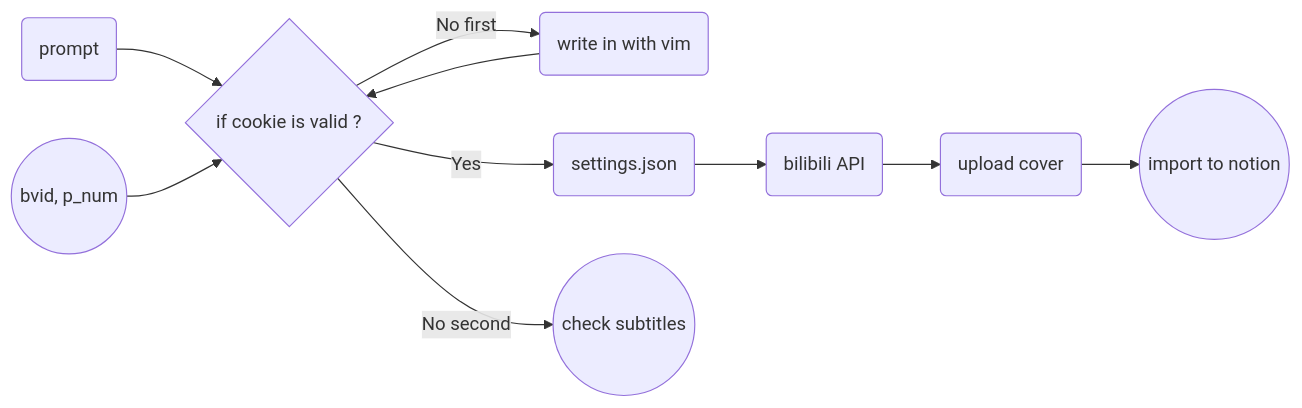
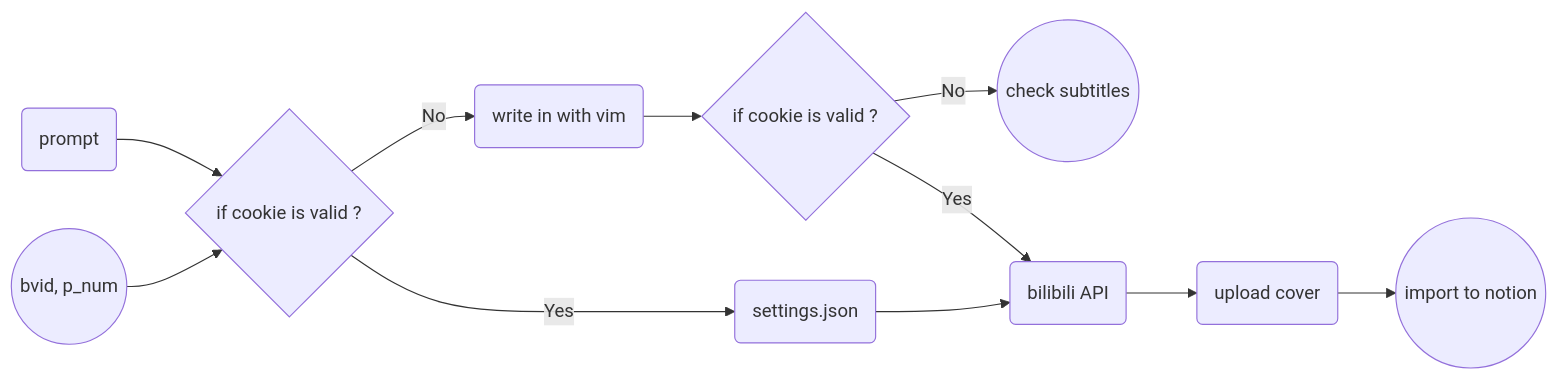
One commit to Kihara-Ri/bili-video-info_TO_Notion changed the first of 2 diagrams in README.md. Above: the diagram before and after it, drawn with Mermaid. The commit also changed other lines of this file, not shown here.

````diff
--- a/README.md
+++ b/README.md
@@ -45,22 +78,23 @@
 ```mermaid
 graph LR
 prompt(prompt)
 para((bvid, p_num))
 judge{if cookie is valid ?}
 write(write in with vim)
 read(settings.json)
 check((check subtitles))
 requests(bilibili API)
 upload(upload cover)
 import((import to notion))
 
 prompt --> judge
 para --> judge
 judge --> |Yes| read
-judge --> |No first| write
-judge --> |No second| check
-write --> judge
+judge --> |No | write
+write --> judge2{if cookie is valid ?}
+judge2 --> |Yes| requests
+judge2 --> |No| check
 read --> requests
 requests --> upload
 upload --> import
 ```
````
